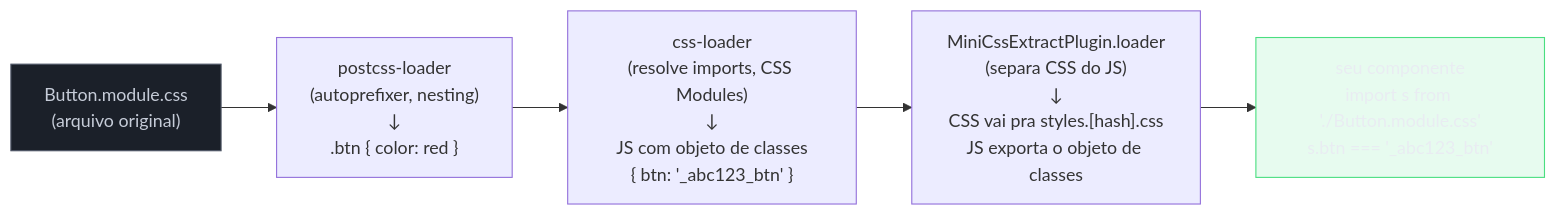
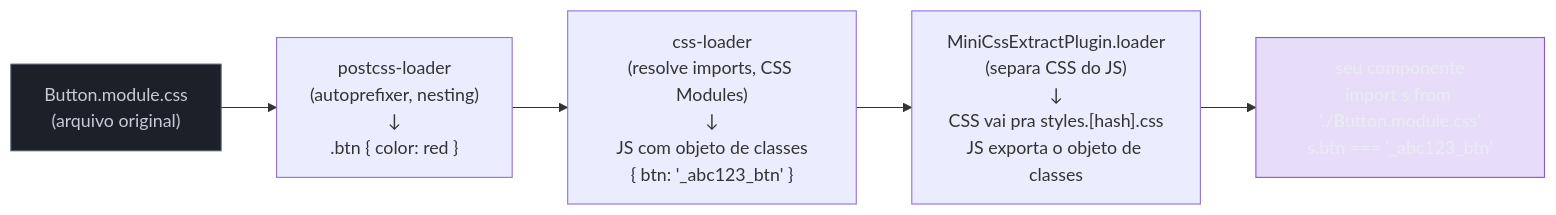
One commit to josenaldo/codex-technomanticus changed the third of 10 diagrams in 03-Dominios/Tecnologia/Tooling e Build/11 - webpack - o veterano.md. Above: the diagram before and after it, drawn with Mermaid. The commit also changed other lines of this file and 601 other files, not shown here.

````diff
--- a/03-Dominios/Tecnologia/Tooling e Build/11 - webpack - o veterano.md
+++ b/03-Dominios/Tecnologia/Tooling e Build/11 - webpack - o veterano.md
@@ -211,15 +210,15 @@
 ```mermaid
 flowchart LR
+    classDef marca fill:#8855DF33,stroke:#8855DF,color:#E9ECF2
     classDef neutro fill:#1B2029,stroke:#4E5666,color:#C6CCD8
-    classDef ok fill:#4ADE8021,stroke:#4ADE80,color:#E9ECF2
     CSS["Button.module.css\n(arquivo original)"]
     POSTCSS["postcss-loader\n(autoprefixer, nesting)\n↓\n.btn { color: red }"]
     CSSLOADER["css-loader\n(resolve imports, CSS Modules)\n↓\nJS com objeto de classes\n{ btn: '_abc123_btn' }"]
     EXTRACT["MiniCssExtractPlugin.loader\n(separa CSS do JS)\n↓\nCSS vai pra styles.[hash].css\nJS exporta o objeto de classes"]
     IMPORT["seu componente\nimport s from './Button.module.css'\ns.btn === '_abc123_btn'"]
 
     CSS --> POSTCSS --> CSSLOADER --> EXTRACT --> IMPORT
 
     class CSS neutro
-    class IMPORT ok
+    class IMPORT marca
 ```
````
